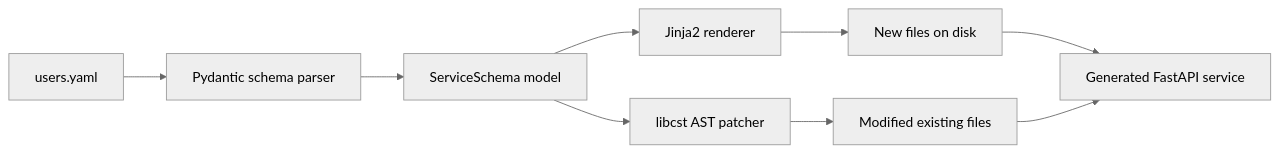
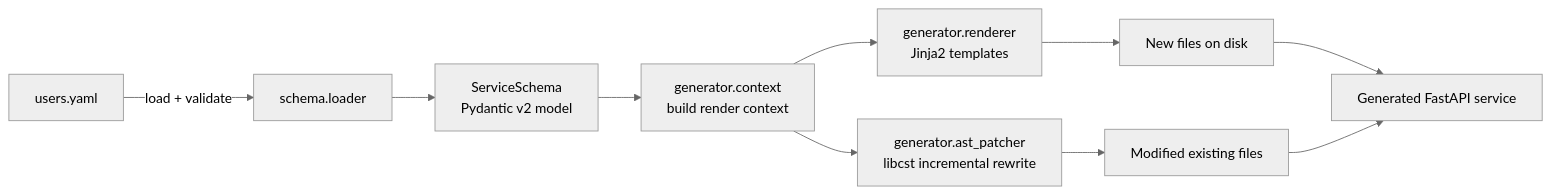
The first of 3 diagrams in docs/ARCHITECTURE.md (Abdul-Muizz1310/feathers), drawn with Mermaid (neutral theme) before and after one commit. The commit also changed other lines of this file and 5 other files, not shown here.

````diff
--- a/docs/ARCHITECTURE.md
+++ b/docs/ARCHITECTURE.md
@@ -5,11 +5,12 @@
 ```mermaid
 flowchart LR
-    A[users.yaml] --> B[Pydantic schema parser]
-    B --> C[ServiceSchema model]
-    C --> D[Jinja2 renderer]
-    C --> E[libcst AST patcher]
-    D --> F[New files on disk]
-    E --> G[Modified existing files]
-    F --> H[Generated FastAPI service]
-    G --> H
+    YAML[users.yaml] -->|load + validate| Loader[schema.loader]
+    Loader --> Schema[ServiceSchema<br/>Pydantic v2 model]
+    Schema --> Context[generator.context<br/>build render context]
+    Context --> Renderer[generator.renderer<br/>Jinja2 templates]
+    Context --> Patcher[generator.ast_patcher<br/>libcst incremental rewrite]
+    Renderer --> NewFiles[New files on disk]
+    Patcher --> Modified[Modified existing files]
+    NewFiles --> Service[Generated FastAPI service]
+    Modified --> Service
 ```
````
